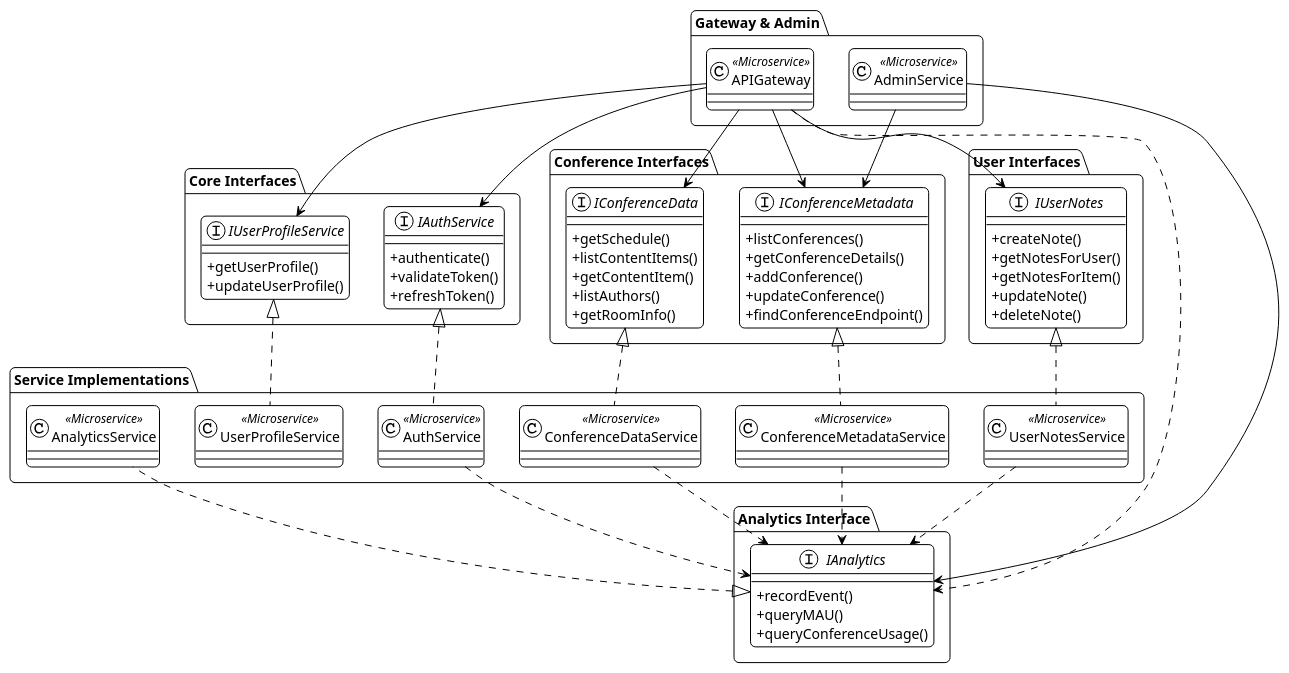
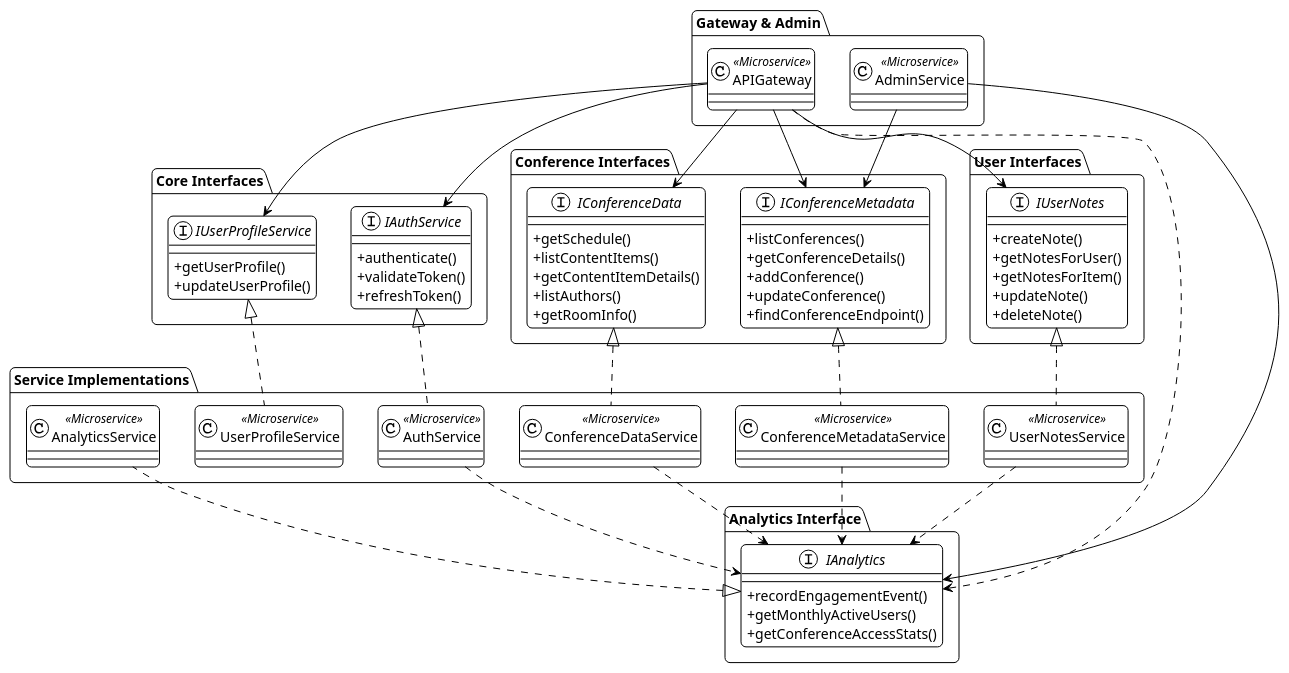
Before and after one commit to Guillermode20/softarch2-uni-work: the diagram in logical/logical_interface_diagram.puml, drawn with PlantUML. The commit also changed 3 other files, not shown here.

First line of the commit message:
Update architecture documentation and diagrams for consistency

```diff
--- a/logical/logical_interface_diagram.puml
+++ b/logical/logical_interface_diagram.puml
@@ -1,101 +1,101 @@
 @startuml
 !theme plain
 skinparam ClassAttributeIconSize 0
 skinparam roundcorner 10
 skinparam sequenceMessageAlign center
 
 ' ===== Core Interfaces =====
 package "Core Interfaces" {
     interface IAuthService {
         + authenticate()
         + validateToken()
         + refreshToken()
     }
 
     interface IUserProfileService {
         + getUserProfile()
         + updateUserProfile()
     }
 }
 
 ' ===== Conference Interfaces =====
 package "Conference Interfaces" {
     interface IConferenceMetadata {
         + listConferences()
         + getConferenceDetails()
         + addConference()
         + updateConference()
         + findConferenceEndpoint()
     }
 
     interface IConferenceData {
         + getSchedule()
         + listContentItems()
-        + getContentItem()
+        + getContentItemDetails()
         + listAuthors()
         + getRoomInfo()
     }
 }
 
 ' ===== User Interfaces =====
 package "User Interfaces" {
     interface IUserNotes {
         + createNote()
         + getNotesForUser()
         + getNotesForItem()
         + updateNote()
         + deleteNote()
     }
 }
 
 ' ===== Analytics Interface =====
 package "Analytics Interface" {
     interface IAnalytics {
-        + recordEvent()
-        + queryMAU()
-        + queryConferenceUsage()
+        + recordEngagementEvent()
+        + getMonthlyActiveUsers()
+        + getConferenceAccessStats()
     }
 }
 
 ' ===== Service Implementations =====
 package "Service Implementations" {
     class AuthService <<Microservice>>
     class UserProfileService <<Microservice>>
     class ConferenceMetadataService <<Microservice>>
     class ConferenceDataService <<Microservice>>
     class UserNotesService <<Microservice>>
     class AnalyticsService <<Microservice>>
 }
 
 ' ===== Gateway & Admin =====
 package "Gateway & Admin" {
     class APIGateway <<Microservice>>
     class AdminService <<Microservice>>
 }
 
 ' ===== Interface Implementations =====
 AuthService .up.|> IAuthService
 UserProfileService .up.|> IUserProfileService
 ConferenceMetadataService .up.|> IConferenceMetadata
 ConferenceDataService .up.|> IConferenceData
 UserNotesService .up.|> IUserNotes
 AnalyticsService .up.|> IAnalytics
 
 ' ===== Gateway Dependencies =====
 APIGateway --> IAuthService
 APIGateway --> IUserProfileService
 APIGateway --> IConferenceMetadata
 APIGateway --> IConferenceData
 APIGateway --> IUserNotes
 APIGateway ..> IAnalytics
 
 ' ===== Admin Dependencies =====
 AdminService --> IConferenceMetadata
 AdminService --> IAnalytics
 
 ' ===== Analytics Dependencies =====
 AuthService ..> IAnalytics
 ConferenceMetadataService ..> IAnalytics
 ConferenceDataService ..> IAnalytics
 UserNotesService ..> IAnalytics
 @enduml
```
